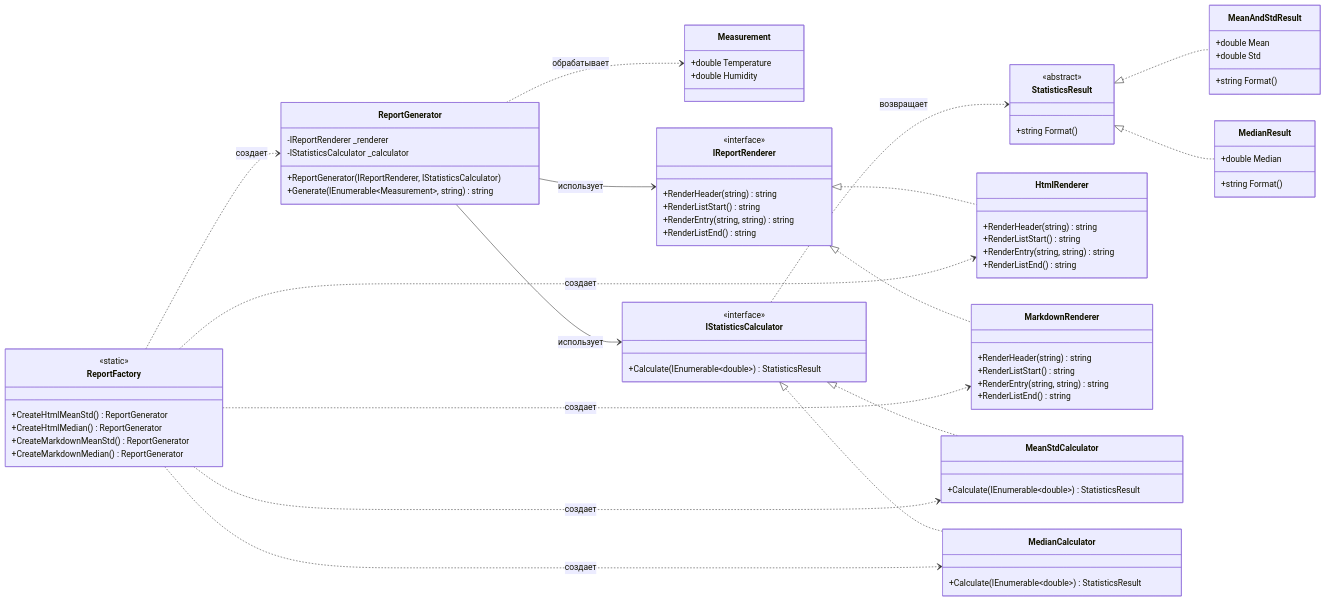
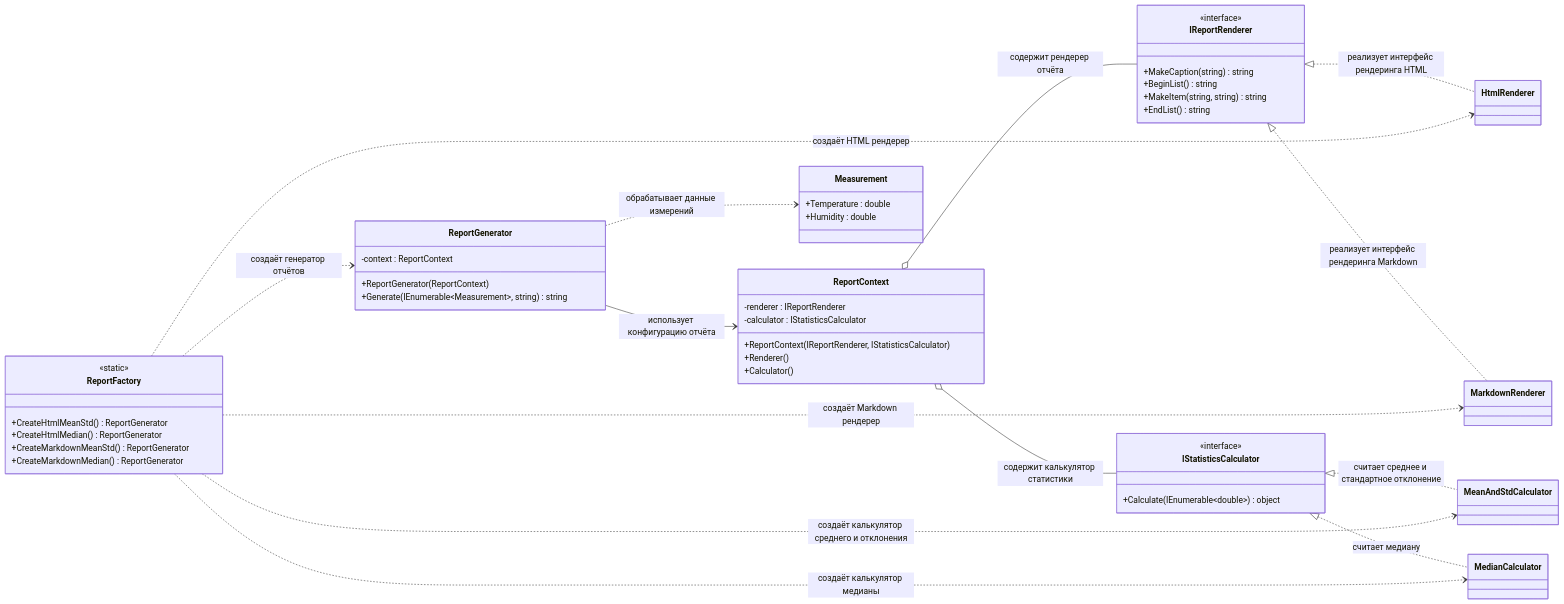
One commit to mxllyy999/ulearnpractice1 changed the diagram in report_generator.md. Above: the diagram before and after it, drawn with Mermaid. The commit also changed other lines of this file, not shown here.

````diff
--- a/report_generator.md
+++ b/report_generator.md
@@ -34,67 +30,42 @@
 classDiagram
     direction LR
 
-    class Measurement {
-        +double Temperature
-        +double Humidity
+    class ReportContext {
+        -renderer : IReportRenderer
+        -calculator : IStatisticsCalculator
+        +ReportContext(IReportRenderer, IStatisticsCalculator)
+        +Renderer()
+        +Calculator()
     }
 
-    class StatisticsResult {
-        <<abstract>>
-        +string Format()
+    class ReportGenerator {
+        -context : ReportContext
+        +ReportGenerator(ReportContext)
+        +Generate(IEnumerable~Measurement~, string) string
     }
 
-    class MeanAndStdResult {
-        +double Mean
-        +double Std
-        +string Format()
-    }
-
-    class MedianResult {
-        +double Median
-        +string Format()
+    class IReportRenderer {
+        <<interface>>
+        +MakeCaption(string) string
+        +BeginList() string
+        +MakeItem(string, string) string
+        +EndList() string
     }
 
     class IStatisticsCalculator {
         <<interface>>
-        +Calculate(IEnumerable~double~) StatisticsResult
+        +Calculate(IEnumerable~double~) object
     }
 
-    class IReportRenderer {
-        <<interface>>
-        +RenderHeader(string) string
-        +RenderListStart() string
-        +RenderEntry(string, string) string
-        +RenderListEnd() string
-    }
+    class HtmlRenderer
+    class MarkdownRenderer
 
-    class HtmlRenderer {
-        +RenderHeader(string) string
-        +RenderListStart() string
-        +RenderEntry(string, string) string
-        +RenderListEnd() string
-    }
+    class MeanAndStdCalculator
+    class MedianCalculator
 
-    class MarkdownRenderer {
-        +RenderHeader(string) string
-        +RenderListStart() string
-        +RenderEntry(string, string) string
-        +RenderListEnd() string
-    }
-
-    class MeanStdCalculator {
-        +Calculate(IEnumerable~double~) StatisticsResult
-    }
-
-    class MedianCalculator {
-        +Calculate(IEnumerable~double~) StatisticsResult
-    }
-
-    class ReportGenerator {
-        -IReportRenderer _renderer
-        -IStatisticsCalculator _calculator
-        +ReportGenerator(IReportRenderer, IStatisticsCalculator)
-        +Generate(IEnumerable~Measurement~, string) string
+    class Measurement {
+        +Temperature : double
+        +Humidity : double
     }
 
     class ReportFactory {
@@ -105,22 +76,21 @@
         +CreateMarkdownMedian() ReportGenerator
     }
 
-    IReportRenderer <|.. HtmlRenderer
-    IReportRenderer <|.. MarkdownRenderer
-    IStatisticsCalculator <|.. MeanStdCalculator
-    IStatisticsCalculator <|.. MedianCalculator
-    StatisticsResult <|.. MeanAndStdResult
-    StatisticsResult <|.. MedianResult
+    IReportRenderer <|.. HtmlRenderer : реализует интерфейс рендеринга HTML
+    IReportRenderer <|.. MarkdownRenderer : реализует интерфейс рендеринга Markdown
 
-    ReportGenerator --> IReportRenderer : использует
-    ReportGenerator --> IStatisticsCalculator : использует
-    ReportGenerator ..> Measurement : обрабатывает
+    IStatisticsCalculator <|.. MeanAndStdCalculator : считает среднее и стандартное отклонение
+    IStatisticsCalculator <|.. MedianCalculator : считает медиану
 
-    IStatisticsCalculator ..> StatisticsResult : возвращает
-    
-    ReportFactory ..> ReportGenerator : создает
-    ReportFactory ..> HtmlRenderer : создает
-    ReportFactory ..> MarkdownRenderer : создает
-    ReportFactory ..> MeanStdCalculator : создает
-    ReportFactory ..> MedianCalculator : создает
+    ReportContext o-- IReportRenderer : содержит рендерер отчёта
+    ReportContext o-- IStatisticsCalculator : содержит калькулятор статистики
+
+    ReportGenerator --> ReportContext : использует конфигурацию отчёта
+    ReportGenerator ..> Measurement : обрабатывает данные измерений
+
+    ReportFactory ..> ReportGenerator : создаёт генератор отчётов
+    ReportFactory ..> HtmlRenderer : создаёт HTML рендерер
+    ReportFactory ..> MarkdownRenderer : создаёт Markdown рендерер
+    ReportFactory ..> MeanAndStdCalculator : создаёт калькулятор среднего и отклонения
+    ReportFactory ..> MedianCalculator : создаёт калькулятор медианы
 ```
````
